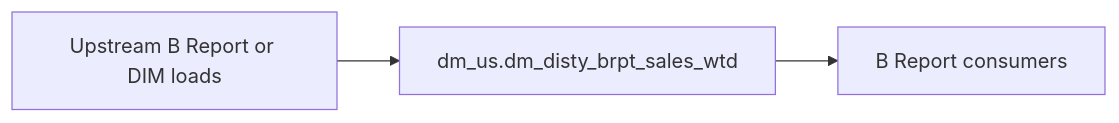
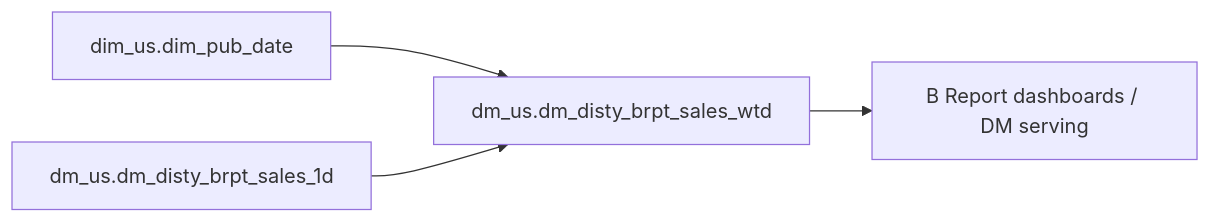
Before and after one commit to chengduhaha/data_agent: the diagram in backend/defaults/b_report/workspace/target/knowledgebase/b-report-us/dm_disty_brpt_sales_wtd.md, drawn with Mermaid. The commit also changed other lines of this file and 1108 other files, not shown here.

````diff
--- a/backend/defaults/b_report/workspace/target/knowledgebase/b-report-us/dm_disty_brpt_sales_wtd.md
+++ b/backend/defaults/b_report/workspace/target/knowledgebase/b-report-us/dm_disty_brpt_sales_wtd.md
@@ -155,8 +267,10 @@
 ```mermaid
 flowchart LR
-  upstream[Upstream B Report or DIM loads]
-  tgt["dm_us.dm_disty_brpt_sales_wtd"]
-  brpt[B Report consumers]
-  upstream --> tgt
-  tgt --> brpt
+  dm_us_dm_disty_brpt_sales_wtd["dm_us.dm_disty_brpt_sales_wtd"]
+  src0["dim_us.dim_pub_date"]
+  src0 --> dm_us_dm_disty_brpt_sales_wtd
+  src1["dm_us.dm_disty_brpt_sales_1d"]
+  src1 --> dm_us_dm_disty_brpt_sales_wtd
+  consumers["B Report dashboards / DM serving"]
+  dm_us_dm_disty_brpt_sales_wtd --> consumers
 ```
````
